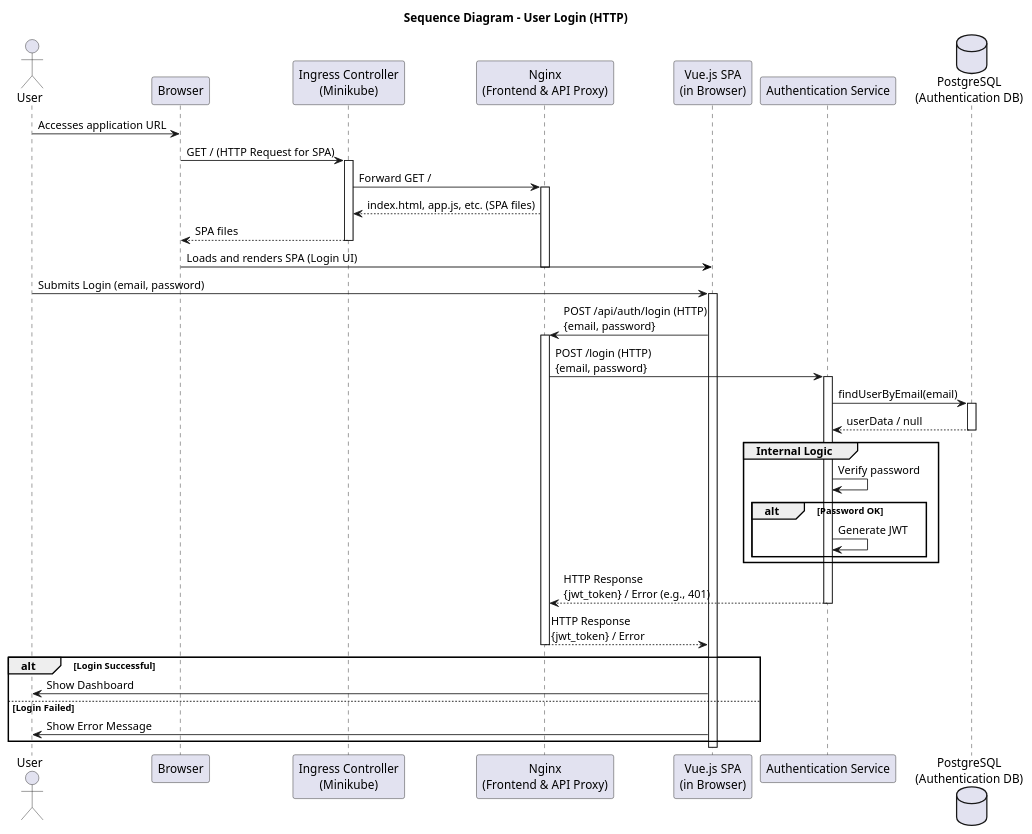
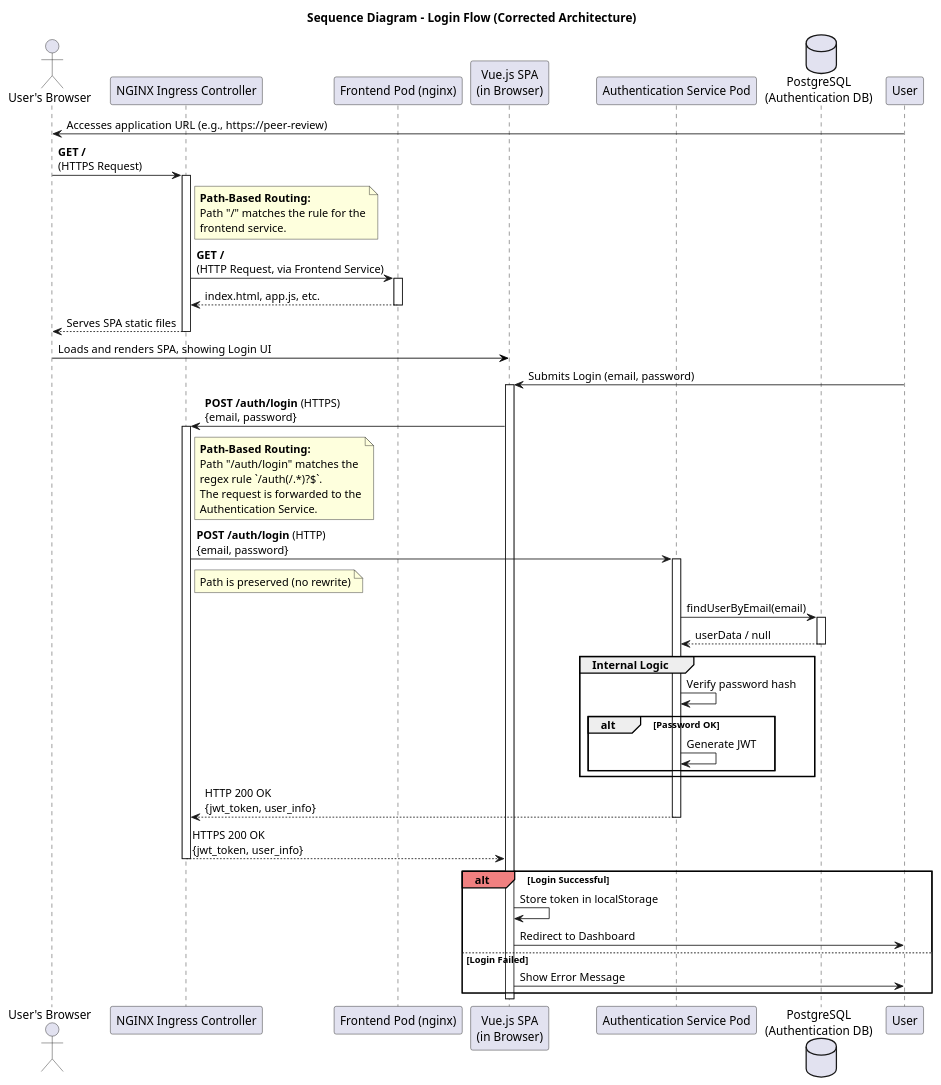
One commit to EmmeOnWork/peer-review-platform changed the diagram in Documentation/Diagrams/Sequence_diagrams/Autentication.puml. Above: the diagram before and after it, drawn with PlantUML. The commit also changed 63 other files, not shown here.

```diff
--- a/Documentation/Diagrams/Sequence_diagrams/Autentication.puml
+++ b/Documentation/Diagrams/Sequence_diagrams/Autentication.puml
@@ -1,50 +1,77 @@
 @startuml
-title Sequence Diagram - User Login (HTTP)
+title Sequence Diagram - Login Flow (Corrected Architecture)
 
-actor User
-participant Browser
-participant Ingress as "Ingress Controller\n(Minikube)"
-participant NginxProxy as "Nginx\n(Frontend & API Proxy)"
-participant FrontendApp as "Vue.js SPA\n(in Browser)"
-participant AuthService as "Authentication Service"
-database DBAuth as "PostgreSQL\n(Authentication DB)"
 
-User -> Browser: Accesses application URL
-Browser -> Ingress: GET / (HTTP Request for SPA)
+actor "User's Browser" as Browser
+participant "NGINX Ingress Controller" as Ingress
+participant "Frontend Pod (nginx)" as FrontendPod
+participant "Vue.js SPA\n(in Browser)" as FrontendApp
+participant "Authentication Service Pod" as AuthServicePod
+database "PostgreSQL\n(Authentication DB)" as DBAuth
+
+' Flusso 1: L'utente carica la pagina iniziale (Single-Page Application)
+User -> Browser: Accesses application URL (e.g., https://peer-review)
+
+Browser -> Ingress: **GET /**\n(HTTPS Request)
 activate Ingress
-Ingress -> NginxProxy: Forward GET /
-activate NginxProxy
-NginxProxy --> Ingress: index.html, app.js, etc. (SPA files)
-Ingress --> Browser: SPA files
+
+note right of Ingress
+  **Path-Based Routing:**
+  Path "/" matches the rule for the
+  frontend service.
+end note
+Ingress -> FrontendPod: **GET /**\n(HTTP Request, via Frontend Service)
+activate FrontendPod
+FrontendPod --> Ingress: index.html, app.js, etc.
+deactivate FrontendPod
+
+Ingress --> Browser: Serves SPA static files
 deactivate Ingress
-Browser -[#black]> FrontendApp: Loads and renders SPA (Login UI)
-deactivate NginxProxy
 
+Browser -[#black]> FrontendApp: Loads and renders SPA, showing Login UI
+
+' Flusso 2: L'utente esegue il login
 User -> FrontendApp: Submits Login (email, password)
 activate FrontendApp
-FrontendApp -> NginxProxy: POST /api/auth/login (HTTP)\n{email, password}
-activate NginxProxy
-NginxProxy -> AuthService: POST /login (HTTP)\n{email, password}
-activate AuthService
-AuthService -> DBAuth: findUserByEmail(email)
+
+FrontendApp -> Ingress: **POST /auth/login** (HTTPS)\n{email, password}
+activate Ingress
+
+note right of Ingress
+  **Path-Based Routing:**
+  Path "/auth/login" matches the
+  regex rule `/auth(/.*)?$`.
+  The request is forwarded to the
+  Authentication Service.
+end note
+Ingress -> AuthServicePod: **POST /auth/login** (HTTP)\n{email, password}
+note right of Ingress: Path is preserved (no rewrite)
+activate AuthServicePod
+
+AuthServicePod -> DBAuth: findUserByEmail(email)
 activate DBAuth
-DBAuth --> AuthService: userData / null
+DBAuth --> AuthServicePod: userData / null
 deactivate DBAuth
+
 group Internal Logic
-    AuthService -> AuthService: Verify password
+    AuthServicePod -> AuthServicePod: Verify password hash
     alt Password OK
-        AuthService -> AuthService: Generate JWT
+        AuthServicePod -> AuthServicePod: Generate JWT
     end
 end
-AuthService --> NginxProxy: HTTP Response\n{jwt_token} / Error (e.g., 401)
-deactivate AuthService
-NginxProxy --> FrontendApp: HTTP Response\n{jwt_token} / Error
-deactivate NginxProxy
-alt Login Successful
-    FrontendApp -> User: Show Dashboard
+
+AuthServicePod --> Ingress: HTTP 200 OK\n{jwt_token, user_info}
+deactivate AuthServicePod
+
+Ingress --> FrontendApp: HTTPS 200 OK\n{jwt_token, user_info}
+deactivate Ingress
+
+alt#LightCoral #White Login Successful
+    FrontendApp -> FrontendApp: Store token in localStorage
+    FrontendApp -> User: Redirect to Dashboard
 else Login Failed
     FrontendApp -> User: Show Error Message
 end
 deactivate FrontendApp
 
 @enduml
```
